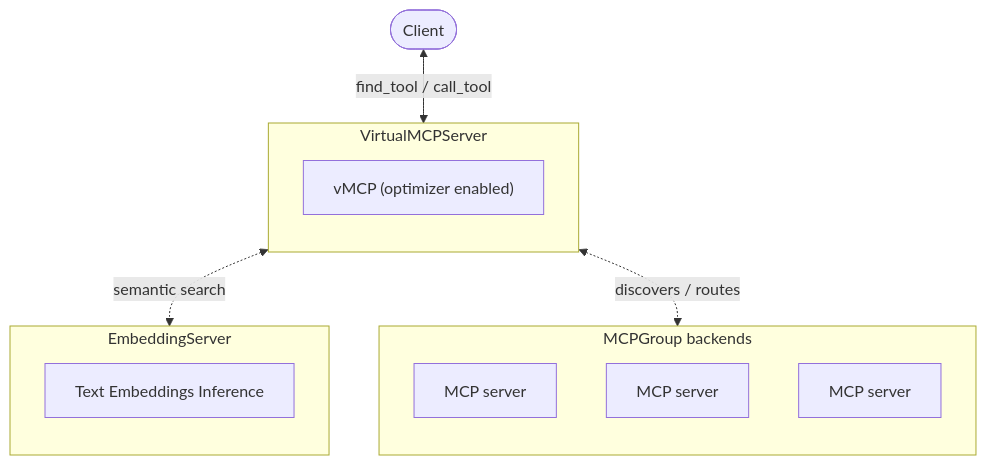
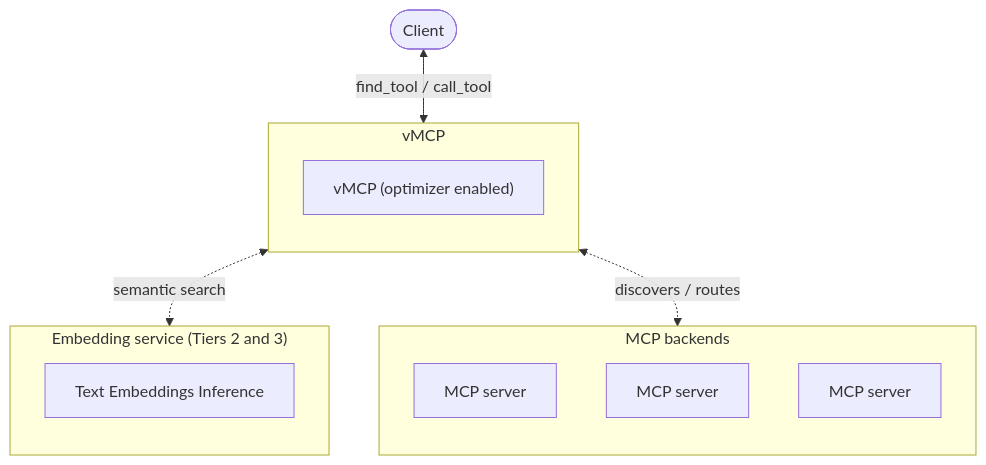
The diagram in docs/toolhive/guides-vmcp/optimizer.mdx (stacklok/docs-website), drawn with Mermaid before and after one commit. The commit also changed other lines of this file and 2 other files, not shown here.

````diff
--- a/docs/toolhive/guides-vmcp/optimizer.mdx
+++ b/docs/toolhive/guides-vmcp/optimizer.mdx
@@ -33,21 +200,21 @@
 ```mermaid
 flowchart TB
-  subgraph vmcpGroup["VirtualMCPServer"]
+  subgraph vmcpGroup["vMCP"]
     direction TB
     vmcp["vMCP (optimizer enabled)"]
   end
-  subgraph embedding["EmbeddingServer"]
+  subgraph embedding["Embedding service (Tiers 2 and 3)"]
     direction TB
     tei["Text Embeddings Inference"]
   end
-  subgraph backends["MCPGroup backends"]
+  subgraph backends["MCP backends"]
     direction TB
     mcp1["MCP server"]
     mcp2["MCP server"]
     mcp3["MCP server"]
   end
 
   client(["Client"]) <-- "find_tool / call_tool" --> vmcpGroup
   vmcp <-. "semantic search" .-> embedding
   vmcp <-. "discovers / routes" .-> backends
 ```
````
